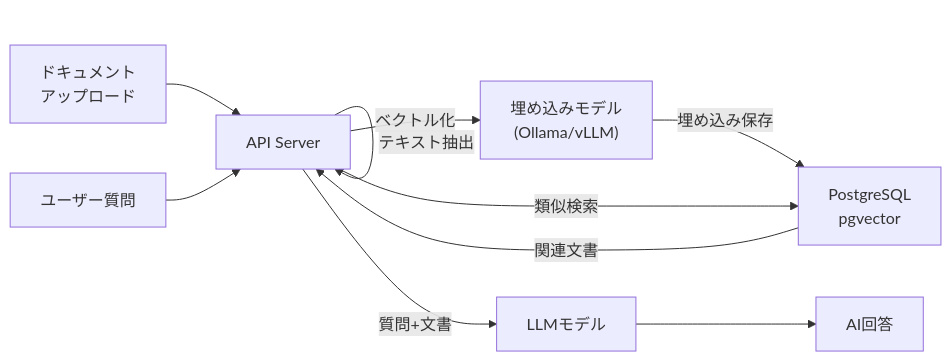
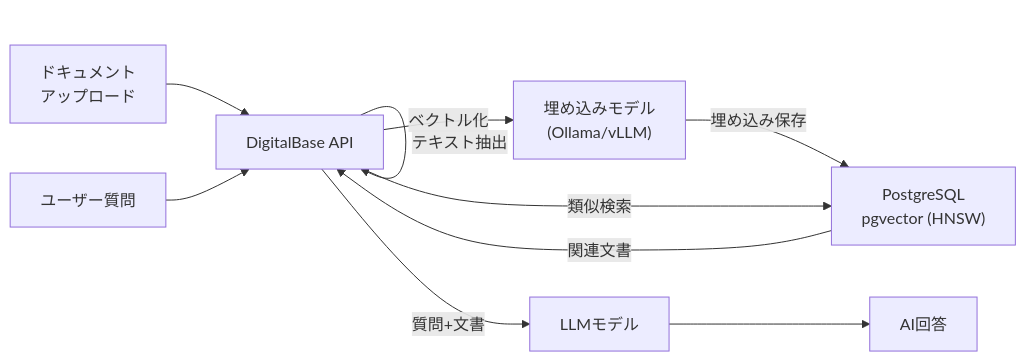
The fifth of 5 diagrams in docs/technical/SYSTEM_ARCHITECTURE.md (lmlight-app/dist_vite), drawn with Mermaid before and after one commit. The commit also changed other lines of this file and 58 other files, not shown here.

First line of the commit message:
Rebrand LM Light to DigitalBase and update docs

````diff
--- a/docs/technical/SYSTEM_ARCHITECTURE.md
+++ b/docs/technical/SYSTEM_ARCHITECTURE.md
@@ -167,20 +172,20 @@
 ```mermaid
 graph LR
     Upload["ドキュメント<br/>アップロード"]
-    API["API Server"]
+    App["DigitalBase API"]
     Embed["埋め込みモデル<br/>(Ollama/vLLM)"]
-    PG["PostgreSQL<br/>pgvector"]
+    PG["PostgreSQL<br/>pgvector (HNSW)"]
     LLM["LLMモデル"]
     Response["AI回答"]
 
-    Upload --> API
-    API -->|テキスト抽出| API
-    API -->|ベクトル化| Embed
+    Upload --> App
+    App -->|テキスト抽出| App
+    App -->|ベクトル化| Embed
     Embed -->|埋め込み保存| PG
 
-    Query["ユーザー質問"] --> API
-    API -->|類似検索| PG
-    PG -->|関連文書| API
-    API -->|質問+文書| LLM
+    Query["ユーザー質問"] --> App
+    App -->|類似検索| PG
+    PG -->|関連文書| App
+    App -->|質問+文書| LLM
     LLM --> Response
 ```
````
